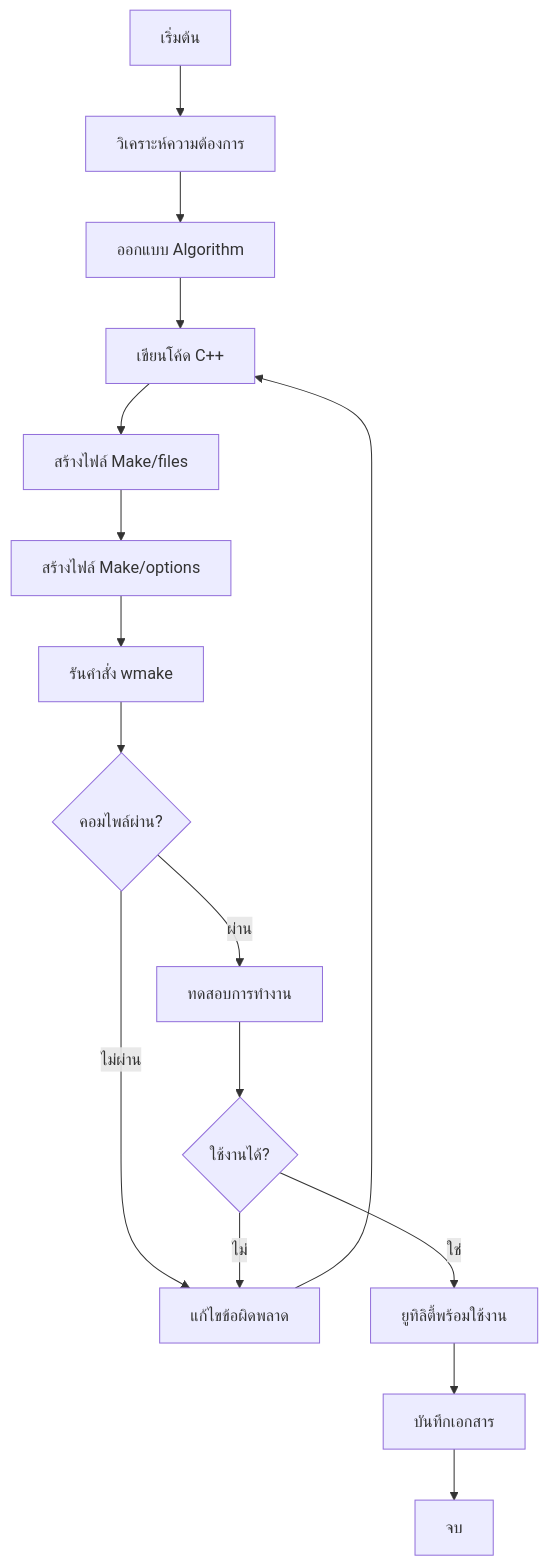
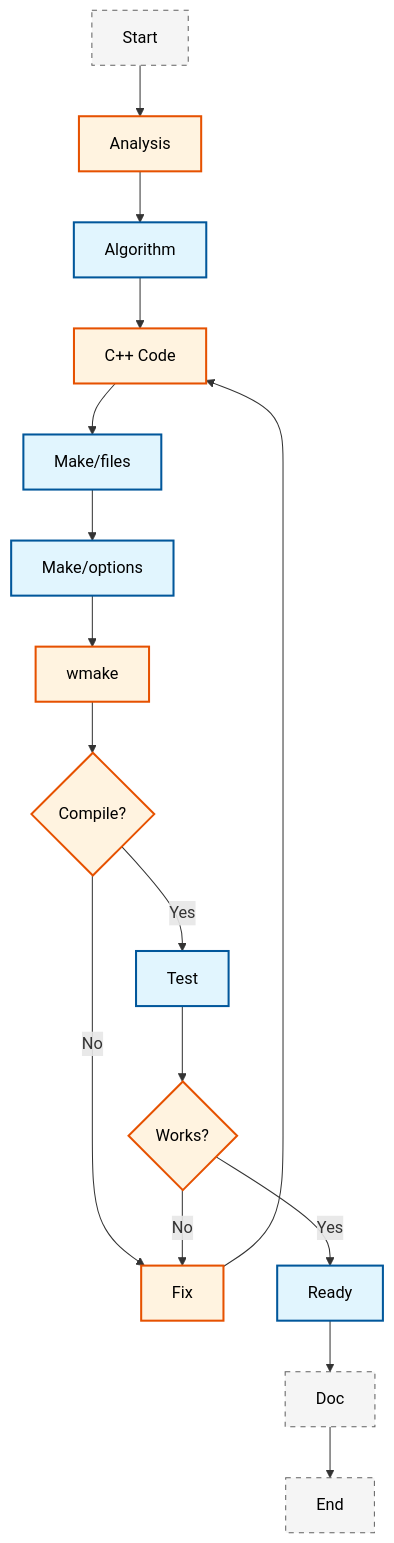
Before and after one commit to wramet/build-my-cfd: the diagram in MODULE_07_UTILITIES_AUTOMATION/CONTENT/08_EXPERT_UTILITIES/06_Creating_Custom_Utilities.md, drawn with Mermaid. The commit also changed 313 other files, not shown here.

Commit message:
Revise all diagram

````diff
--- a/MODULE_07_UTILITIES_AUTOMATION/CONTENT/08_EXPERT_UTILITIES/06_Creating_Custom_Utilities.md
+++ b/MODULE_07_UTILITIES_AUTOMATION/CONTENT/08_EXPERT_UTILITIES/06_Creating_Custom_Utilities.md
@@ -455,18 +455,21 @@
 ```mermaid
 flowchart TD
-    A[เริ่มต้น] --> B[วิเคราะห์ความต้องการ]
-    B --> C[ออกแบบ Algorithm]
-    C --> D[เขียนโค้ด C++]
-    D --> E[สร้างไฟล์ Make/files]
-    E --> F[สร้างไฟล์ Make/options]
-    F --> G[รันคำสั่ง wmake]
-    G --> H{คอมไพล์ผ่าน?}
-    H -->|ไม่ผ่าน| I[แก้ไขข้อผิดพลาด]
-    I --> D
-    H -->|ผ่าน| J[ทดสอบการทำงาน]
-    J --> K{ใช้งานได้?}
-    K -->|ไม่| I
-    K -->|ใช่| L[ยูทิลิตี้พร้อมใช้งาน]
-    L --> M[บันทึกเอกสาร]
-    M --> N[จบ]
+classDef implicit fill:#e1f5fe,stroke:#01579b,stroke-width:2px,color:#000
+classDef explicit fill:#fff3e0,stroke:#e65100,stroke-width:2px,color:#000
+classDef context fill:#f5f5f5,stroke:#616161,stroke-width:1px,color:#000,stroke-dasharray: 5 5
+A[Start]:::context --> B[Analysis]:::explicit
+B --> C[Algorithm]:::implicit
+C --> D[C++ Code]:::explicit
+D --> E[Make/files]:::implicit
+E --> F[Make/options]:::implicit
+F --> G[wmake]:::explicit
+G --> H{Compile?}:::explicit
+H -->|No| I[Fix]:::explicit
+I --> D
+H -->|Yes| J[Test]:::implicit
+J --> K{Works?}:::explicit
+K -->|No| I
+K -->|Yes| L[Ready]:::implicit
+L --> M[Doc]:::context
+M --> N[End]:::context
 ```
````
